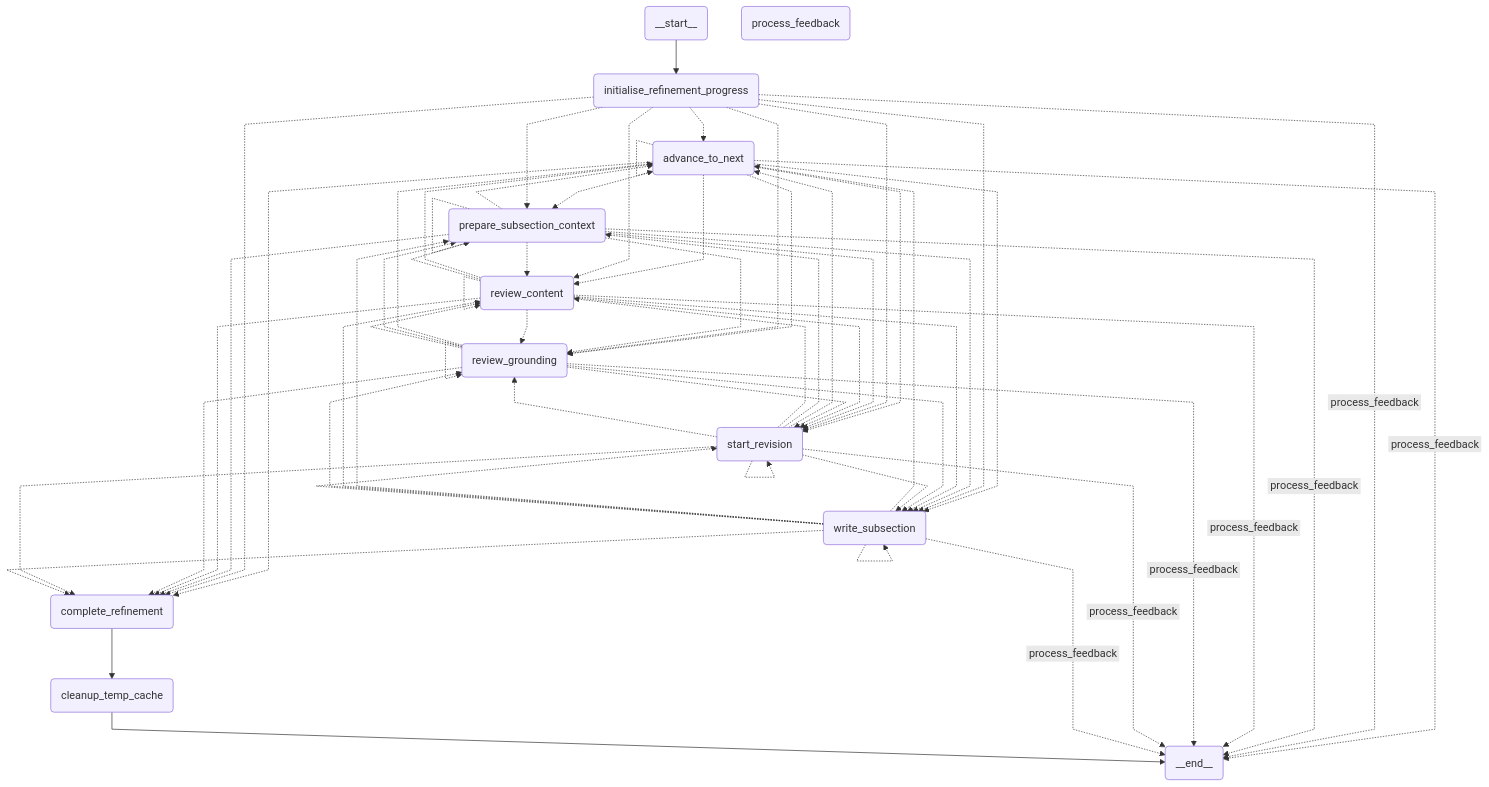
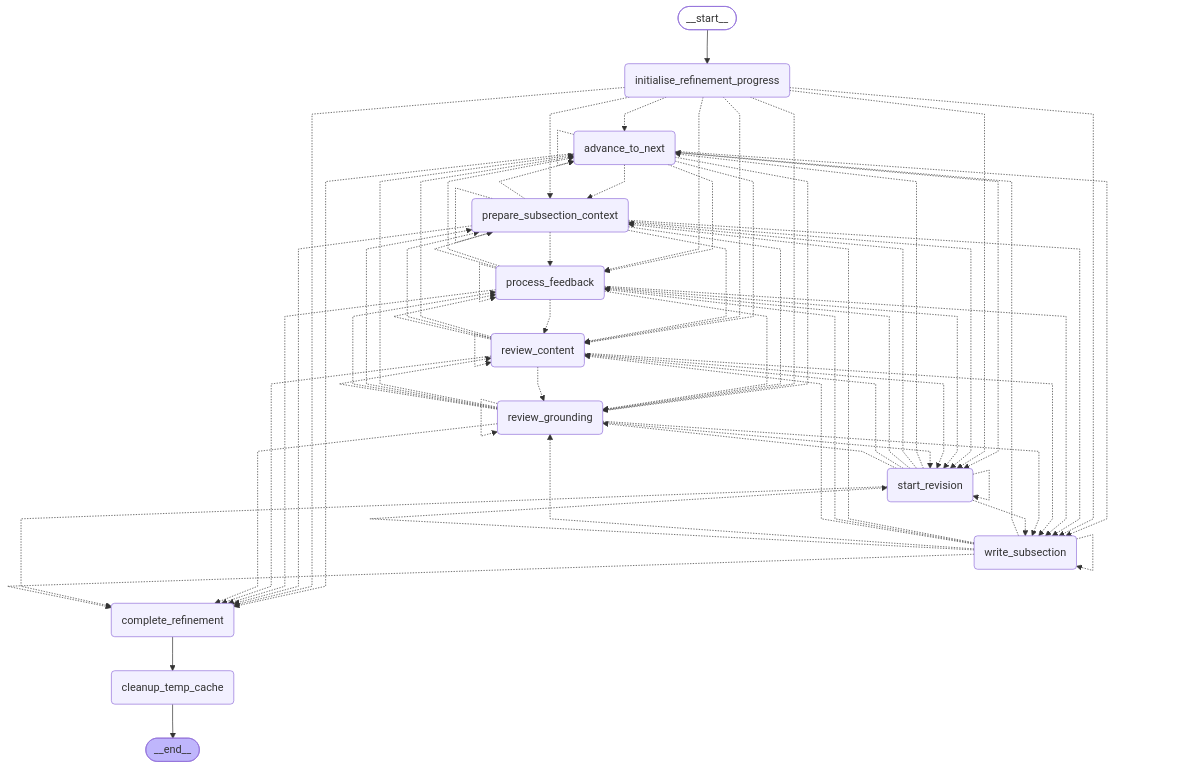
Before and after one commit to flatala/langgraph-research: the diagram in graph_diagrams/refinement_graph.mmd, drawn with Mermaid. The commit also changed 2 other files, not shown here.

```diff
--- a/graph_diagrams/refinement_graph.mmd
+++ b/graph_diagrams/refinement_graph.mmd
@@ -1,80 +1,88 @@
 ---
 config:
   flowchart:
     curve: linear
 ---
 graph TD;
-	__start__(<p>__start__</p>)
+	__start__([<p>__start__</p>]):::first
 	initialise_refinement_progress(initialise_refinement_progress)
 	prepare_subsection_context(prepare_subsection_context)
 	write_subsection(write_subsection)
 	review_content(review_content)
 	review_grounding(review_grounding)
 	process_feedback(process_feedback)
 	start_revision(start_revision)
 	advance_to_next(advance_to_next)
 	complete_refinement(complete_refinement)
 	cleanup_temp_cache(cleanup_temp_cache)
-	__end__(<p>__end__</p>)
+	__end__([<p>__end__</p>]):::last
 	__start__ --> initialise_refinement_progress;
-	advance_to_next -. &nbsp;process_feedback&nbsp; .-> __end__;
 	advance_to_next -.-> complete_refinement;
 	advance_to_next -.-> prepare_subsection_context;
+	advance_to_next -.-> process_feedback;
 	advance_to_next -.-> review_content;
 	advance_to_next -.-> review_grounding;
 	advance_to_next -.-> start_revision;
 	advance_to_next -.-> write_subsection;
 	complete_refinement --> cleanup_temp_cache;
-	initialise_refinement_progress -. &nbsp;process_feedback&nbsp; .-> __end__;
 	initialise_refinement_progress -.-> advance_to_next;
 	initialise_refinement_progress -.-> complete_refinement;
 	initialise_refinement_progress -.-> prepare_subsection_context;
+	initialise_refinement_progress -.-> process_feedback;
 	initialise_refinement_progress -.-> review_content;
 	initialise_refinement_progress -.-> review_grounding;
 	initialise_refinement_progress -.-> start_revision;
 	initialise_refinement_progress -.-> write_subsection;
-	prepare_subsection_context -. &nbsp;process_feedback&nbsp; .-> __end__;
 	prepare_subsection_context -.-> advance_to_next;
 	prepare_subsection_context -.-> complete_refinement;
+	prepare_subsection_context -.-> process_feedback;
 	prepare_subsection_context -.-> review_content;
 	prepare_subsection_context -.-> review_grounding;
 	prepare_subsection_context -.-> start_revision;
 	prepare_subsection_context -.-> write_subsection;
-	review_content -. &nbsp;process_feedback&nbsp; .-> __end__;
+	process_feedback -.-> advance_to_next;
+	process_feedback -.-> complete_refinement;
+	process_feedback -.-> prepare_subsection_context;
+	process_feedback -.-> review_content;
+	process_feedback -.-> review_grounding;
+	process_feedback -.-> start_revision;
+	process_feedback -.-> write_subsection;
 	review_content -.-> advance_to_next;
 	review_content -.-> complete_refinement;
 	review_content -.-> prepare_subsection_context;
+	review_content -.-> process_feedback;
 	review_content -.-> review_grounding;
 	review_content -.-> start_revision;
 	review_content -.-> write_subsection;
-	review_grounding -. &nbsp;process_feedback&nbsp; .-> __end__;
 	review_grounding -.-> advance_to_next;
 	review_grounding -.-> complete_refinement;
 	review_grounding -.-> prepare_subsection_context;
+	review_grounding -.-> process_feedback;
 	review_grounding -.-> review_content;
 	review_grounding -.-> start_revision;
 	review_grounding -.-> write_subsection;
-	start_revision -. &nbsp;process_feedback&nbsp; .-> __end__;
 	start_revision -.-> advance_to_next;
 	start_revision -.-> complete_refinement;
 	start_revision -.-> prepare_subsection_context;
+	start_revision -.-> process_feedback;
 	start_revision -.-> review_content;
 	start_revision -.-> review_grounding;
 	start_revision -.-> write_subsection;
-	write_subsection -. &nbsp;process_feedback&nbsp; .-> __end__;
 	write_subsection -.-> advance_to_next;
 	write_subsection -.-> complete_refinement;
 	write_subsection -.-> prepare_subsection_context;
+	write_subsection -.-> process_feedback;
 	write_subsection -.-> review_content;
 	write_subsection -.-> review_grounding;
 	write_subsection -.-> start_revision;
 	cleanup_temp_cache --> __end__;
 	advance_to_next -.-> advance_to_next;
 	prepare_subsection_context -.-> prepare_subsection_context;
+	process_feedback -.-> process_feedback;
 	review_content -.-> review_content;
 	review_grounding -.-> review_grounding;
 	start_revision -.-> start_revision;
 	write_subsection -.-> write_subsection;
 	classDef default fill:#f2f0ff,line-height:1.2
 	classDef first fill-opacity:0
 	classDef last fill:#bfb6fc
```
